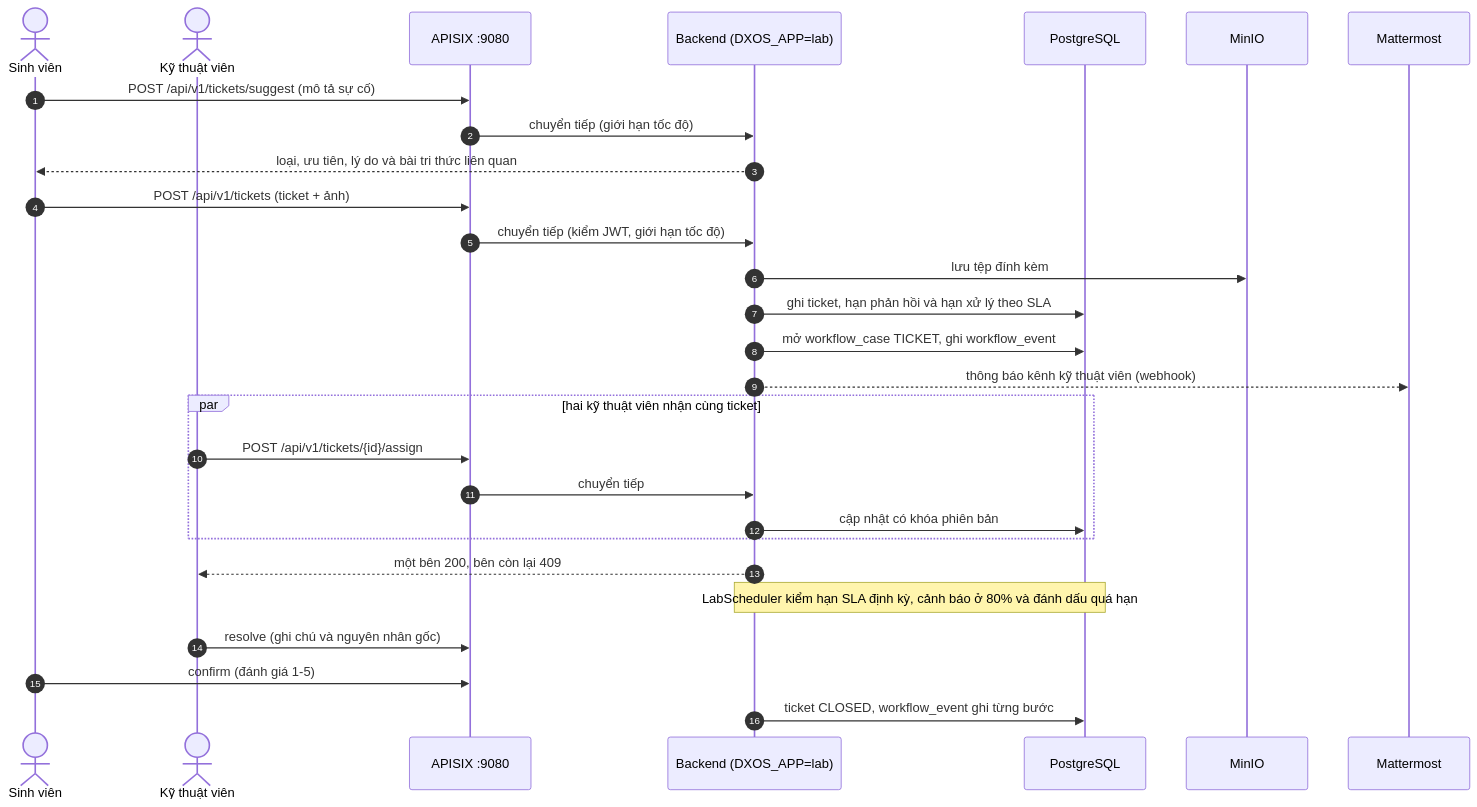
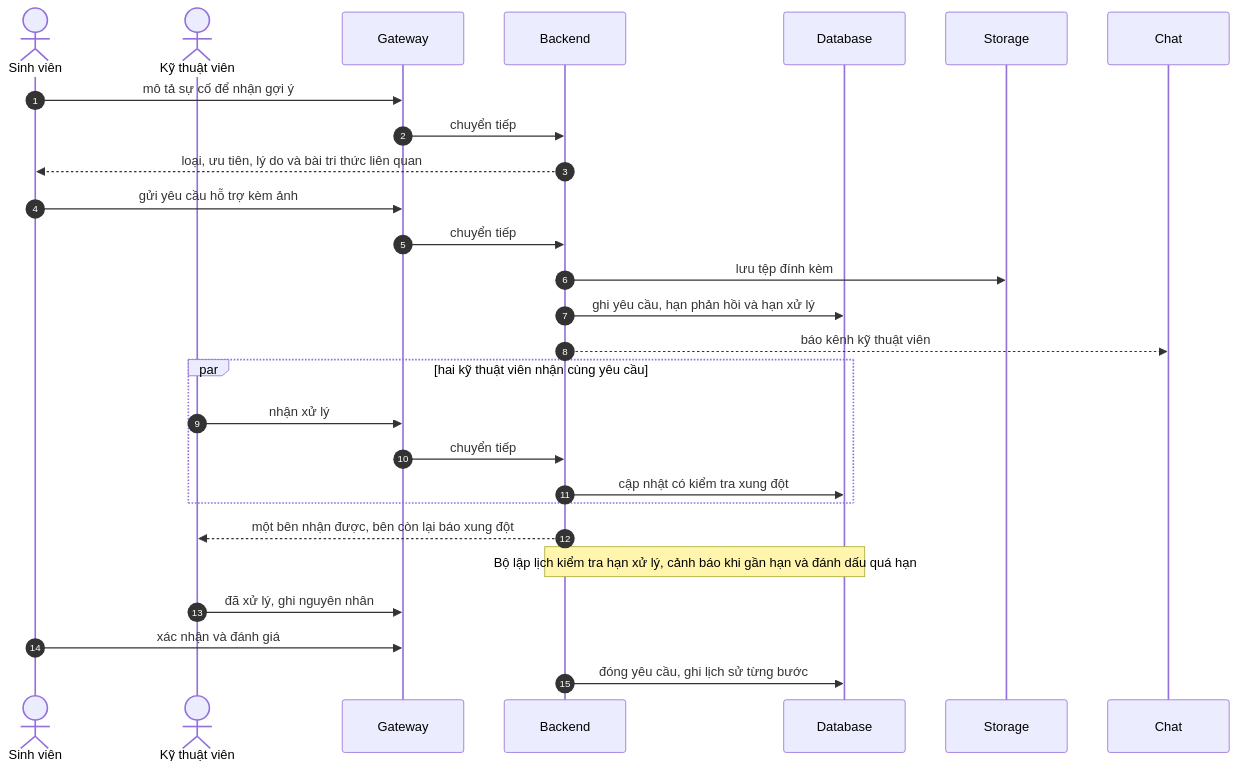
Before and after one commit to HaUI-ImplSolution/DX-OS: the fifth of 5 diagrams in ARCHITECTURE.md, drawn with Mermaid. The commit also changed other lines of this file and 2 other files, not shown here.

First line of the commit message:
docs: add an architecture overview and simplify the wording

````diff
--- a/ARCHITECTURE.md
+++ b/ARCHITECTURE.md
@@ -205,34 +208,33 @@
 ```mermaid
 sequenceDiagram
   autonumber
   actor SV as Sinh viên
   actor KTV as Kỹ thuật viên
-  participant G as APISIX :9080
-  participant B as Backend (DXOS_APP=lab)
-  participant DB as PostgreSQL
-  participant S as MinIO
-  participant C as Mattermost
+  participant G as Gateway
+  participant B as Backend
+  participant DB as Database
+  participant S as Storage
+  participant C as Chat
 
-  SV->>G: POST /api/v1/tickets/suggest (mô tả sự cố)
-  G->>B: chuyển tiếp (giới hạn tốc độ)
+  SV->>G: mô tả sự cố để nhận gợi ý
+  G->>B: chuyển tiếp
   B-->>SV: loại, ưu tiên, lý do và bài tri thức liên quan
 
-  SV->>G: POST /api/v1/tickets (ticket + ảnh)
-  G->>B: chuyển tiếp (kiểm JWT, giới hạn tốc độ)
+  SV->>G: gửi yêu cầu hỗ trợ kèm ảnh
+  G->>B: chuyển tiếp
   B->>S: lưu tệp đính kèm
-  B->>DB: ghi ticket, hạn phản hồi và hạn xử lý theo SLA
-  B->>DB: mở workflow_case TICKET, ghi workflow_event
-  B-->>C: thông báo kênh kỹ thuật viên (webhook)
+  B->>DB: ghi yêu cầu, hạn phản hồi và hạn xử lý
+  B-->>C: báo kênh kỹ thuật viên
 
-  par hai kỹ thuật viên nhận cùng ticket
-    KTV->>G: POST /api/v1/tickets/{id}/assign
+  par hai kỹ thuật viên nhận cùng yêu cầu
+    KTV->>G: nhận xử lý
     G->>B: chuyển tiếp
-    B->>DB: cập nhật có khóa phiên bản
+    B->>DB: cập nhật có kiểm tra xung đột
   end
-  B-->>KTV: một bên 200, bên còn lại 409
+  B-->>KTV: một bên nhận được, bên còn lại báo xung đột
 
-  Note over B,DB: LabScheduler kiểm hạn SLA định kỳ, cảnh báo ở 80% và đánh dấu quá hạn
-  KTV->>G: resolve (ghi chú và nguyên nhân gốc)
-  SV->>G: confirm (đánh giá 1-5)
-  B->>DB: ticket CLOSED, workflow_event ghi từng bước
+  Note over B,DB: Bộ lập lịch kiểm tra hạn xử lý, cảnh báo khi gần hạn và đánh dấu quá hạn
+  KTV->>G: đã xử lý, ghi nguyên nhân
+  SV->>G: xác nhận và đánh giá
+  B->>DB: đóng yêu cầu, ghi lịch sử từng bước
 ```
````
